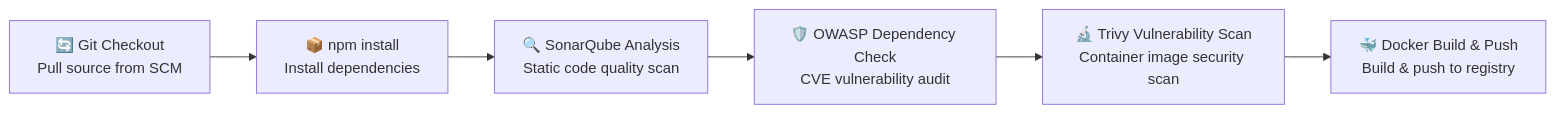
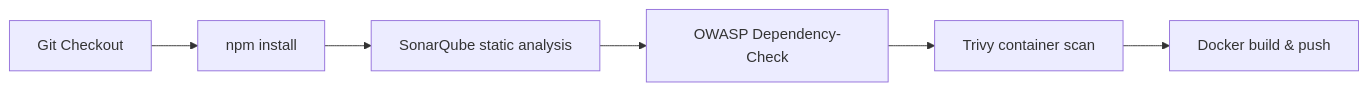
One commit to shreedharkb/Speechify changed the third of 3 diagrams in README.md. Above: the diagram before and after it, drawn with Mermaid. The commit also changed other lines of this file, not shown here.

Commit message:
docs: simplify README.md by removing badge bloat, streamlining layout, and refining architecture documentation

````diff
--- a/README.md
+++ b/README.md
@@ -378,8 +316,8 @@
 ```mermaid
 flowchart LR
-    A["🔄 Git Checkout<br>Pull source from SCM"] --> B["📦 npm install<br>Install dependencies"]
-    B --> C["🔍 SonarQube Analysis<br>Static code quality scan"]
-    C --> D["🛡️ OWASP Dependency Check<br>CVE vulnerability audit"]
-    D --> E["🔬 Trivy Vulnerability Scan<br>Container image security scan"]
-    E --> F["🐳 Docker Build & Push<br>Build & push to registry"]
+    A["Git Checkout"] --> B["npm install"]
+    B --> C["SonarQube static analysis"]
+    C --> D["OWASP Dependency-Check"]
+    D --> E["Trivy container scan"]
+    E --> F["Docker build & push"]
 ```
````
